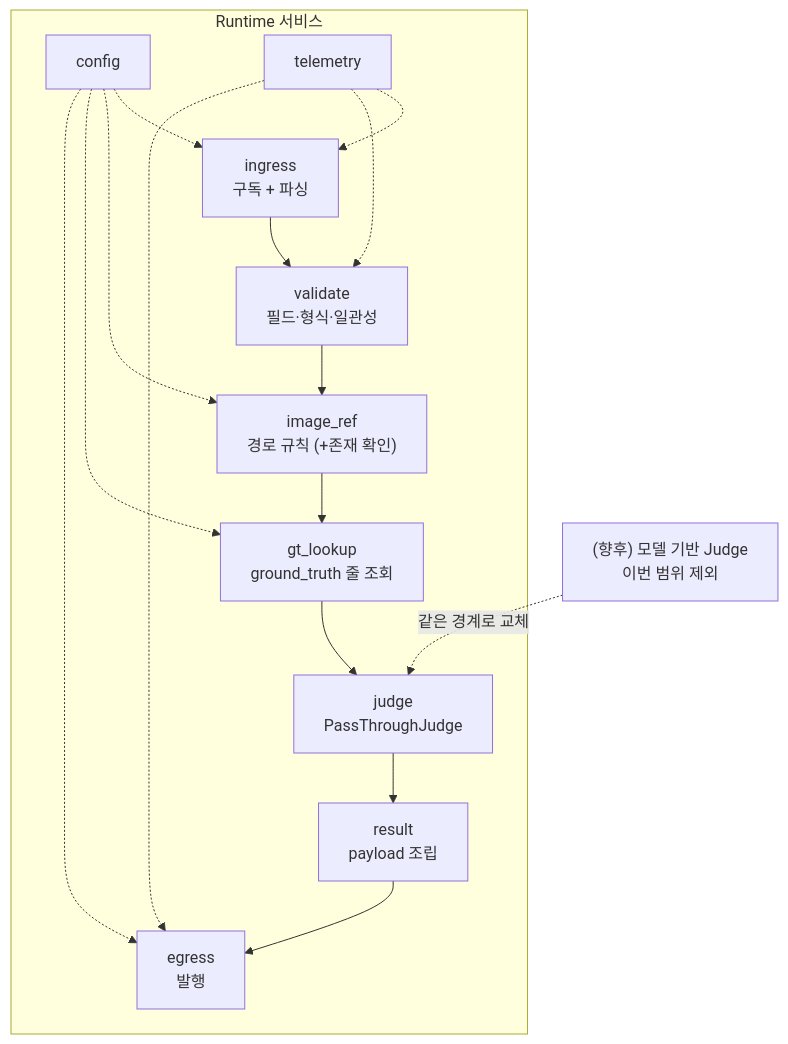
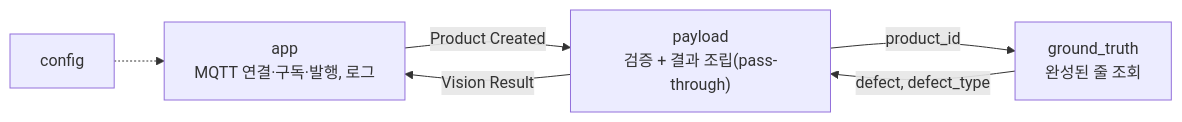
The second of 3 diagrams in docs/ARCHITECTURE.md (dltndn-personal-project/smart-factory-vision-inspection), drawn with Mermaid before and after one commit. The commit also changed other lines of this file and 1 other file, not shown here.

````diff
--- a/docs/ARCHITECTURE.md
+++ b/docs/ARCHITECTURE.md
@@ -147,19 +144,12 @@
 ```mermaid
-flowchart TB
-    subgraph Runtime["Runtime 서비스"]
-        CFG["config"]
-        ING["ingress<br/>구독 + 파싱"]
-        VAL["validate<br/>필드·형식·일관성"]
-        IMR["image_ref<br/>경로 규칙 (+존재 확인)"]
-        GTL["gt_lookup<br/>ground_truth 줄 조회"]
-        JDG["judge<br/>PassThroughJudge"]
-        RES["result<br/>payload 조립"]
-        EGR["egress<br/>발행"]
-        TEL["telemetry"]
-        ING --> VAL --> IMR --> GTL --> JDG --> RES --> EGR
-        CFG -.-> ING & IMR & GTL & EGR
-        TEL -.-> ING & VAL & EGR
-    end
-    FUT["(향후) 모델 기반 Judge<br/>이번 범위 제외"]
-    FUT -. "같은 경계로 교체" .-> JDG
+flowchart LR
+    CFG["config"]
+    APP["app<br/>MQTT 연결·구독·발행, 로그"]
+    PAY["payload<br/>검증 + 결과 조립(pass-through)"]
+    GT["ground_truth<br/>완성된 줄 조회"]
+    CFG -.-> APP
+    APP -- "Product Created" --> PAY
+    PAY -- "product_id" --> GT
+    GT -- "defect, defect_type" --> PAY
+    PAY -- "Vision Result" --> APP
 ```
````
